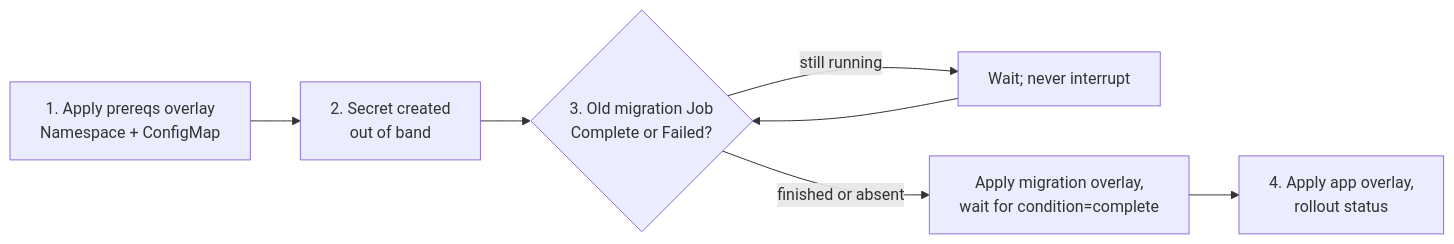
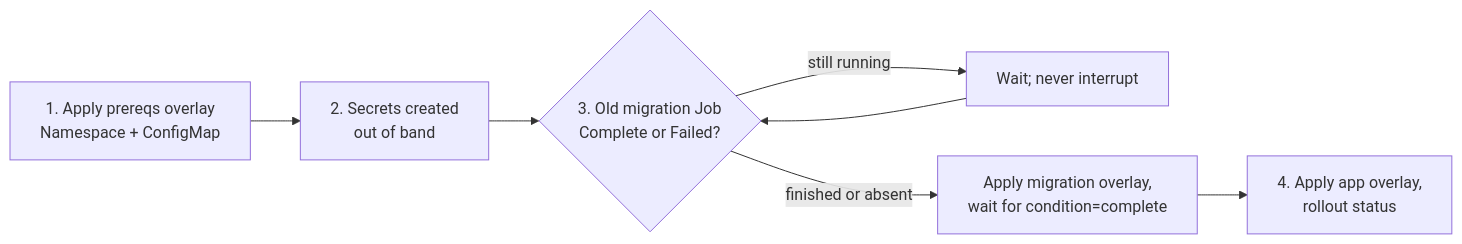
One commit to chuanghiduoc/fiber-golang-boilerplate changed the eighth of 9 diagrams in docs/operations.md. Above: the diagram before and after it, drawn with Mermaid. The commit also changed other lines of this file and 90 other files, not shown here.

````diff
--- a/docs/operations.md
+++ b/docs/operations.md
@@ -1280,9 +1315,9 @@
 ```mermaid
 flowchart LR
-    pre["1. Apply prereqs overlay<br/>Namespace + ConfigMap"] --> sec["2. Secret created<br/>out of band"]
+    pre["1. Apply prereqs overlay<br/>Namespace + ConfigMap"] --> sec["2. Secrets created<br/>out of band"]
     sec --> chk{"3. Old migration Job<br/>Complete or Failed?"}
     chk -- still running --> waitj[Wait; never interrupt]
     waitj --> chk
     chk -- finished or absent --> mig["Apply migration overlay,<br/>wait for condition=complete"]
     mig --> app["4. Apply app overlay,<br/>rollout status"]
 ```
````
